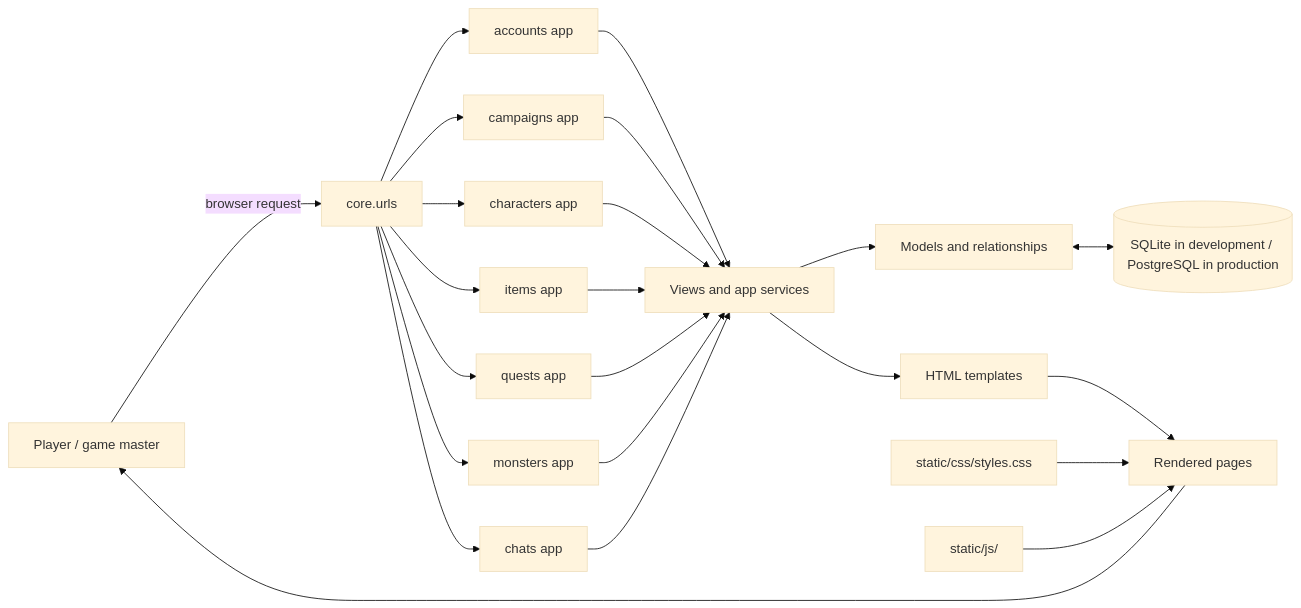
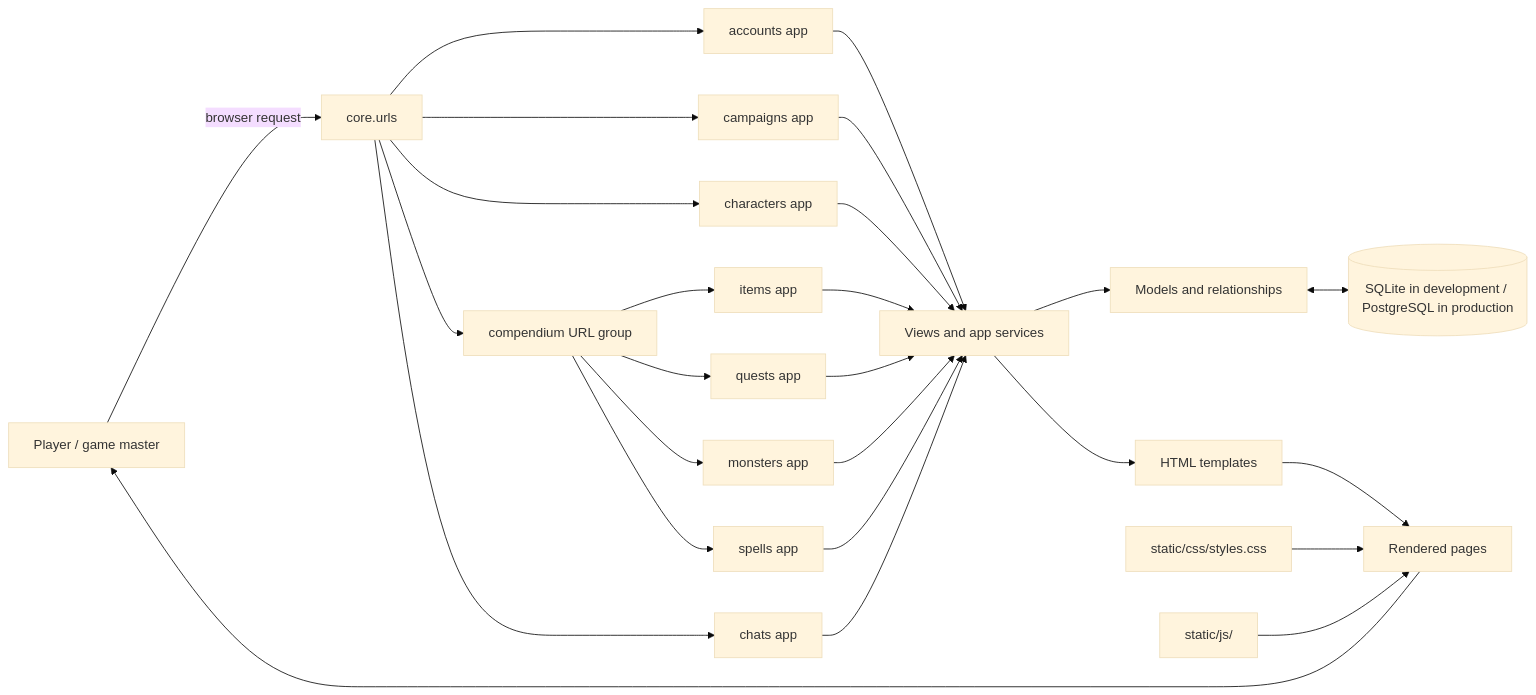
The first of 2 diagrams in PROJECT_OVERVIEW.md (Aragorn-untold/Questforge), drawn with Mermaid (base theme) before and after one commit. The commit also changed other lines of this file and 96 other files, not shown here.

````diff
--- a/PROJECT_OVERVIEW.md
+++ b/PROJECT_OVERVIEW.md
@@ -7,27 +7,30 @@
 ```mermaid
 flowchart LR
     Player[Player / game master] -->|browser request| Routes[core.urls]
     Routes --> Accounts[accounts app]
     Routes --> Campaigns[campaigns app]
     Routes --> Characters[characters app]
-    Routes --> Items[items app]
-    Routes --> Quests[quests app]
-    Routes --> Monsters[monsters app]
+    Routes --> Compendium[compendium URL group]
+    Compendium --> Items[items app]
+    Compendium --> Quests[quests app]
+    Compendium --> Monsters[monsters app]
+    Compendium --> Spells[spells app]
     Routes --> Chats[chats app]
 
     Accounts --> Views[Views and app services]
     Campaigns --> Views
     Characters --> Views
     Items --> Views
     Quests --> Views
     Monsters --> Views
+    Spells --> Views
     Chats --> Views
 
     Views --> Models[Models and relationships]
     Models <--> Database[(SQLite in development / PostgreSQL in production)]
     Views --> Templates[HTML templates]
     Templates --> Browser[Rendered pages]
     CSS[static/css/styles.css] --> Browser
     JS[static/js/] --> Browser
     Browser --> Player
 ```
````
